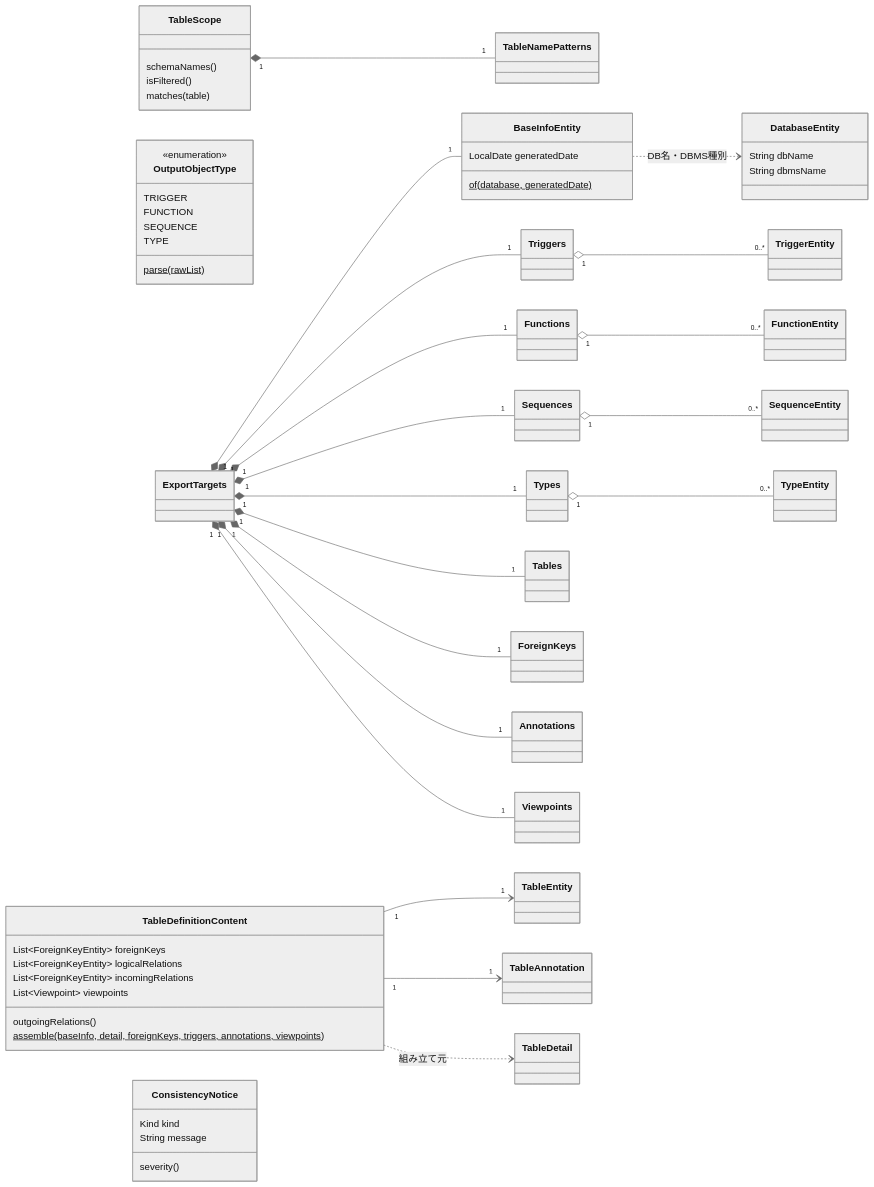
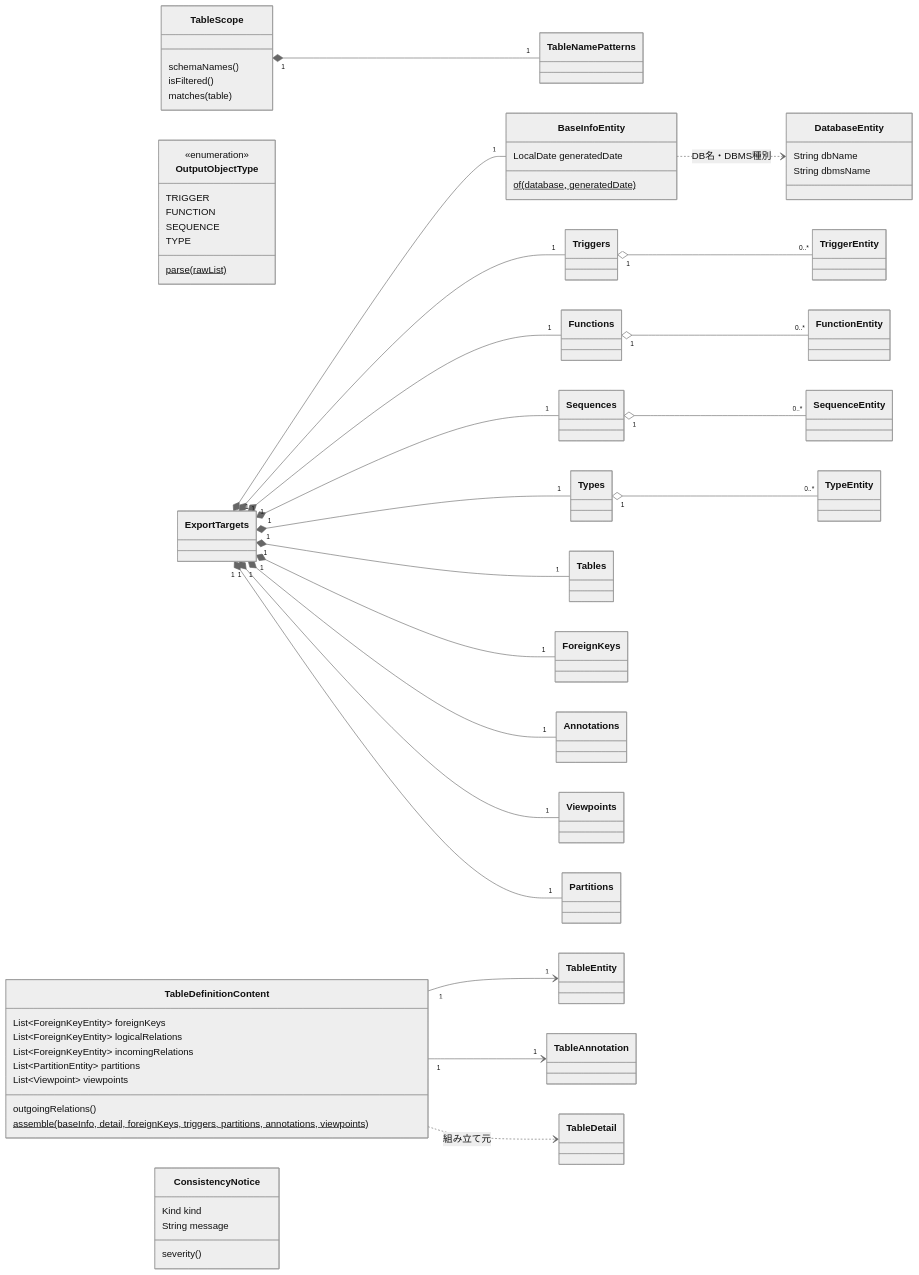
One commit to ebichan88/exportTableDefinition changed the fifth of 5 diagrams in docs/architecture/domain-model.md. Above: the diagram before and after it, drawn with Mermaid (neutral theme). The commit also changed other lines of this file and 50 other files, not shown here.

````diff
--- a/docs/architecture/domain-model.md
+++ b/docs/architecture/domain-model.md
@@ -263,63 +281,65 @@
 ```mermaid
 classDiagram
   direction LR
   class TableScope {
     schemaNames()
     isFiltered()
     matches(table)
   }
   class TableNamePatterns
   class OutputObjectType {
     <<enumeration>>
     TRIGGER
     FUNCTION
     SEQUENCE
     TYPE
     parse(rawList)$
   }
   class ExportTargets
   class Triggers
   class Functions
   class Sequences
   class Types
   class TableDefinitionContent {
     List~ForeignKeyEntity~ foreignKeys
     List~ForeignKeyEntity~ logicalRelations
     List~ForeignKeyEntity~ incomingRelations
+    List~PartitionEntity~ partitions
     List~Viewpoint~ viewpoints
     outgoingRelations()
-    assemble(baseInfo, detail, foreignKeys, triggers, annotations, viewpoints)$
+    assemble(baseInfo, detail, foreignKeys, triggers, partitions, annotations, viewpoints)$
   }
   class BaseInfoEntity {
     LocalDate generatedDate
     of(database, generatedDate)$
   }
   class DatabaseEntity {
     String dbName
     String dbmsName
   }
   class ConsistencyNotice {
     Kind kind
     String message
     severity()
   }
 
   TableScope "1" *-- "1" TableNamePatterns
   ExportTargets "1" *-- "1" BaseInfoEntity
   ExportTargets "1" *-- "1" Tables
   ExportTargets "1" *-- "1" ForeignKeys
   ExportTargets "1" *-- "1" Annotations
   ExportTargets "1" *-- "1" Viewpoints
   ExportTargets "1" *-- "1" Triggers
+  ExportTargets "1" *-- "1" Partitions
   ExportTargets "1" *-- "1" Functions
   ExportTargets "1" *-- "1" Sequences
   ExportTargets "1" *-- "1" Types
   Triggers "1" o-- "0..*" TriggerEntity
   Functions "1" o-- "0..*" FunctionEntity
   Sequences "1" o-- "0..*" SequenceEntity
   Types "1" o-- "0..*" TypeEntity
   BaseInfoEntity ..> DatabaseEntity : DB名・DBMS種別
   TableDefinitionContent "1" --> "1" TableEntity
   TableDefinitionContent "1" --> "1" TableAnnotation
   TableDefinitionContent ..> TableDetail : 組み立て元
 ```
````
